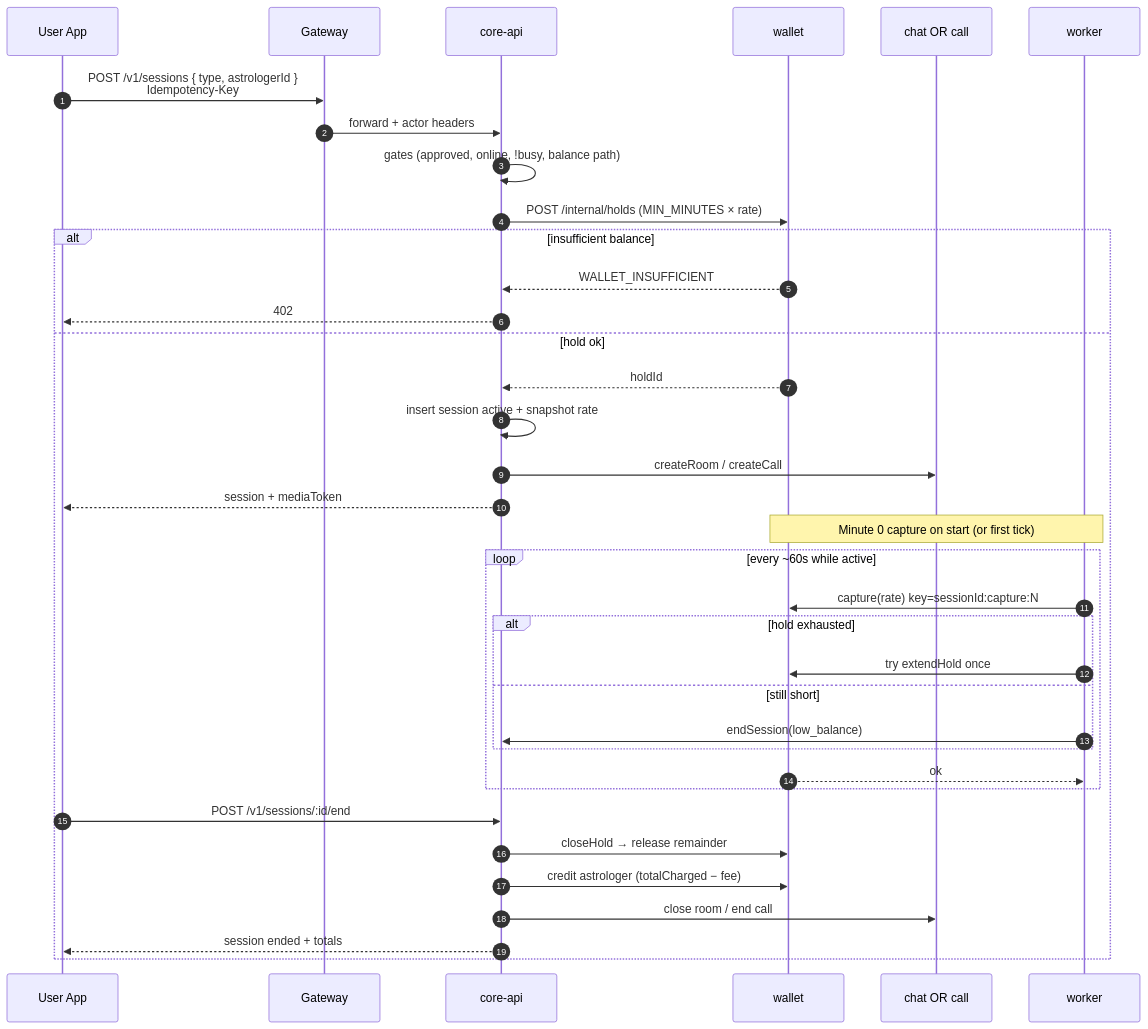
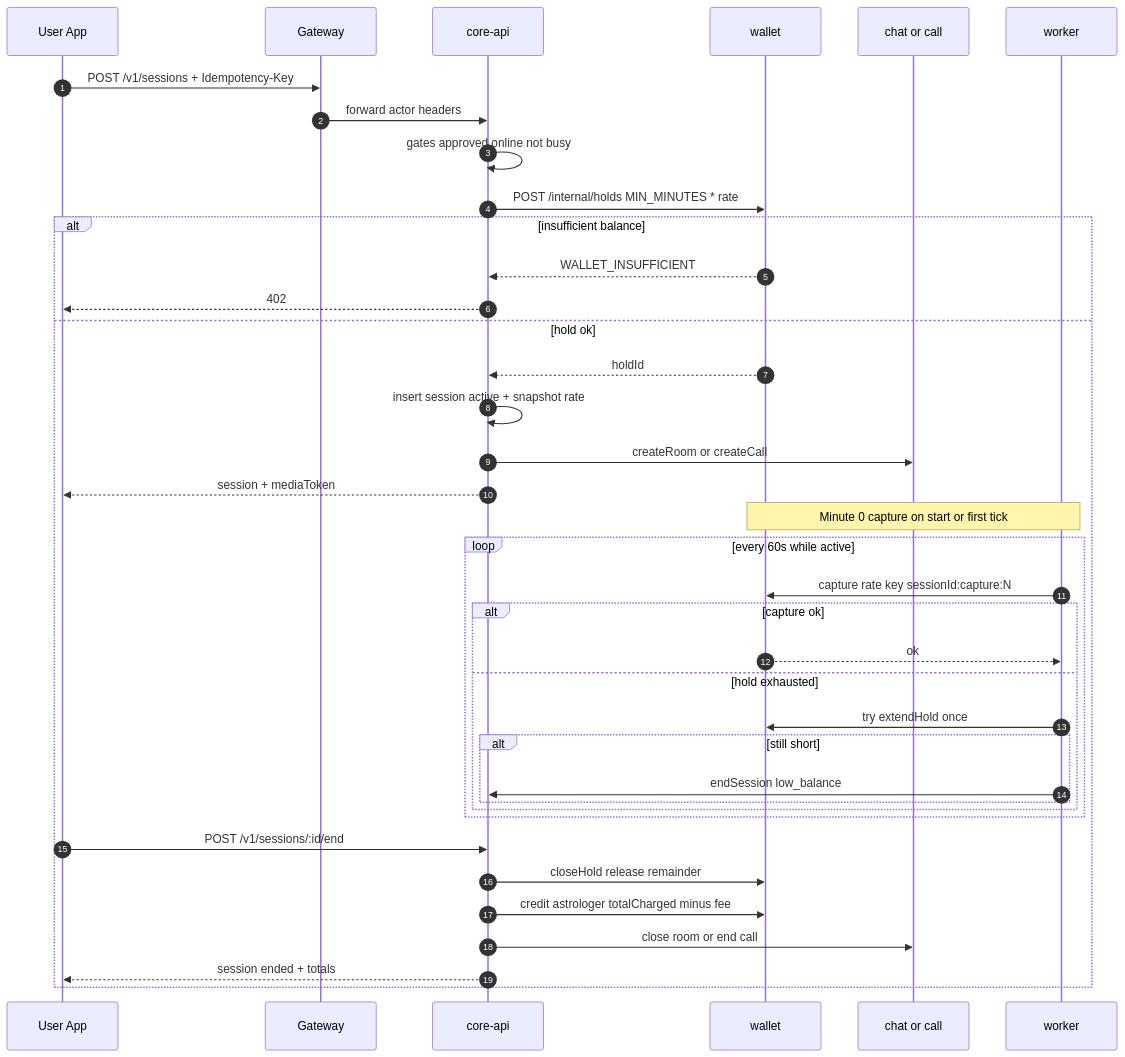
The fifth of 9 diagrams in docs/architecture/02-wallet-state-machine.md (unib0ts/astro-ub), drawn with Mermaid before and after one commit. The commit also changed other lines of this file and 2 other files, not shown here.

First line of the commit message:
Fix Mermaid diagrams on GitHub Pages.

````diff
--- a/docs/architecture/02-wallet-state-machine.md
+++ b/docs/architecture/02-wallet-state-machine.md
@@ -134,39 +134,41 @@
 ```mermaid
 sequenceDiagram
   autonumber
   participant App as User App
   participant GW as Gateway
   participant Core as core-api
   participant W as wallet
-  participant Media as chat OR call
+  participant Media as chat or call
   participant Worker as worker
 
-  App->>GW: POST /v1/sessions { type, astrologerId }<br/>Idempotency-Key
-  GW->>Core: forward + actor headers
-  Core->>Core: gates (approved, online, !busy, balance path)
-  Core->>W: POST /internal/holds (MIN_MINUTES × rate)
+  App->>GW: POST /v1/sessions + Idempotency-Key
+  GW->>Core: forward actor headers
+  Core->>Core: gates approved online not busy
+  Core->>W: POST /internal/holds MIN_MINUTES * rate
   alt insufficient balance
     W-->>Core: WALLET_INSUFFICIENT
     Core-->>App: 402
   else hold ok
     W-->>Core: holdId
     Core->>Core: insert session active + snapshot rate
-    Core->>Media: createRoom / createCall
+    Core->>Media: createRoom or createCall
     Core-->>App: session + mediaToken
-    Note over Worker,W: Minute 0 capture on start (or first tick)
-    loop every ~60s while active
-      Worker->>W: capture(rate) key=sessionId:capture:N
-      alt hold exhausted
+    Note over Worker,W: Minute 0 capture on start or first tick
+    loop every 60s while active
+      Worker->>W: capture rate key sessionId:capture:N
+      alt capture ok
+        W-->>Worker: ok
+      else hold exhausted
         Worker->>W: try extendHold once
-        else still short
-          Worker->>Core: endSession(low_balance)
+        alt still short
+          Worker->>Core: endSession low_balance
+        end
       end
-      W-->>Worker: ok
     end
     App->>Core: POST /v1/sessions/:id/end
-    Core->>W: closeHold → release remainder
-    Core->>W: credit astrologer (totalCharged − fee)
-    Core->>Media: close room / end call
+    Core->>W: closeHold release remainder
+    Core->>W: credit astrologer totalCharged minus fee
+    Core->>Media: close room or end call
     Core-->>App: session ended + totals
   end
 ```
````
